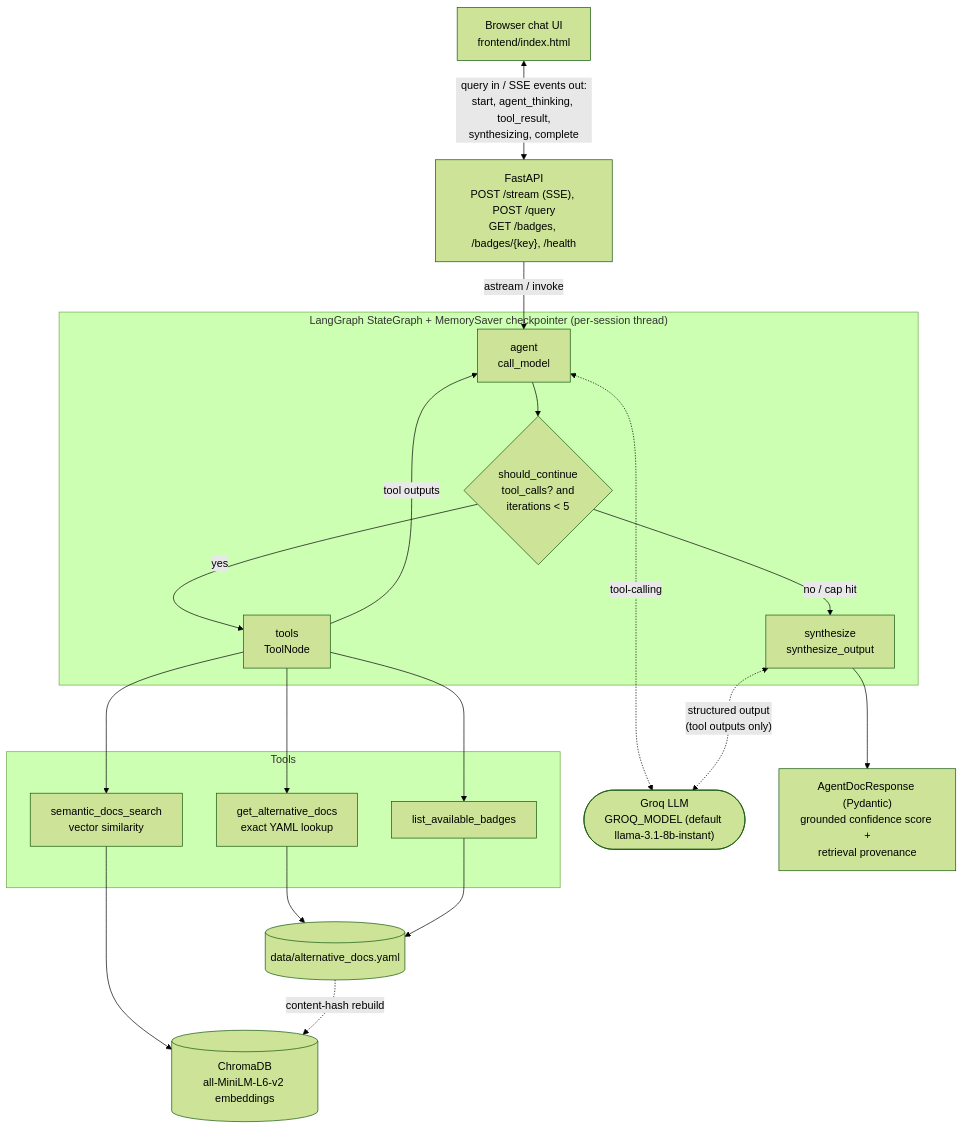
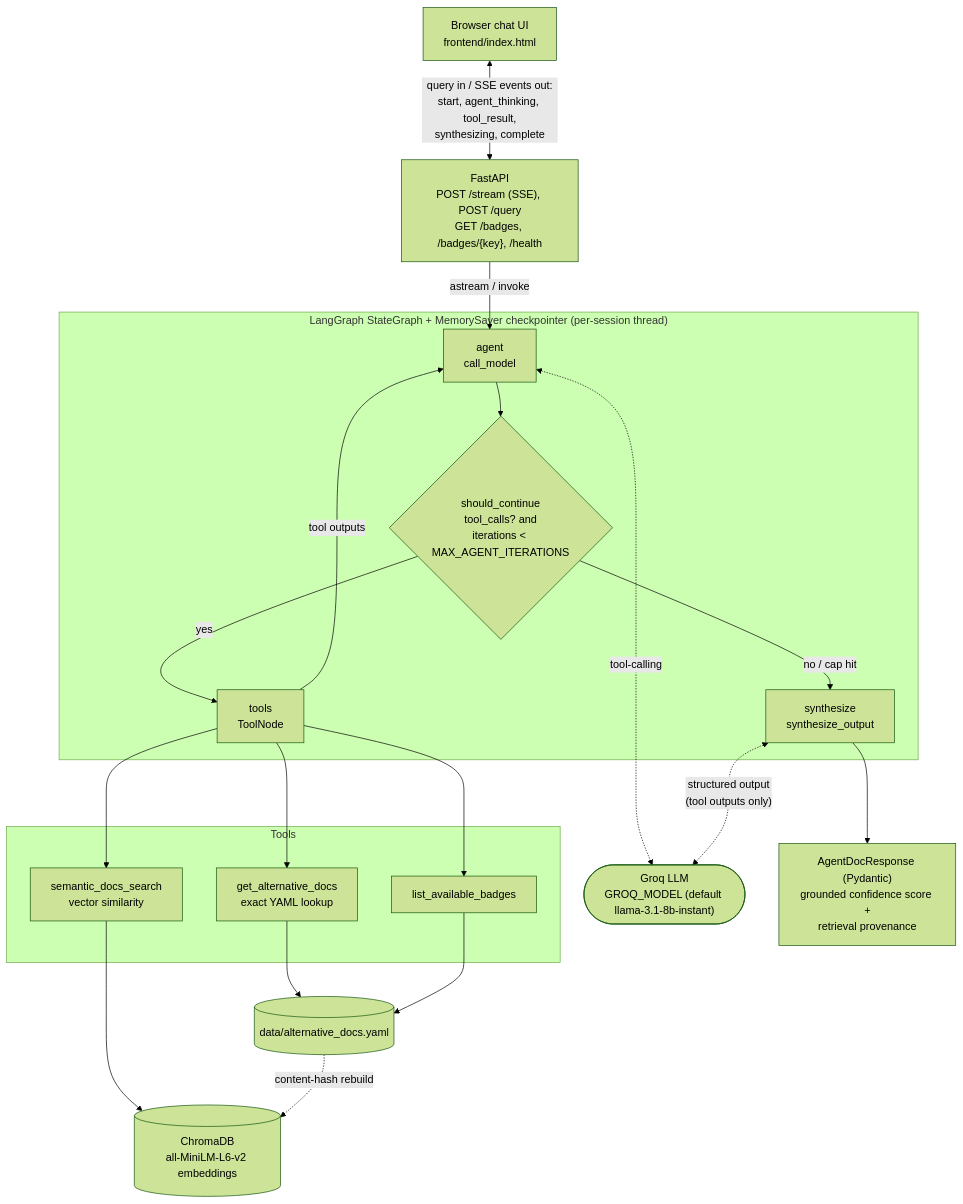
The diagram in README.md (Jatheel/ai-yaml-spec-assistant), drawn with Mermaid (forest theme) before and after one commit.

Commit message:
docs: label iteration cap by setting name in architecture diagram

````diff
--- a/README.md
+++ b/README.md
@@ -22,34 +22,34 @@
 ```mermaid
 flowchart TD
     UI["Browser chat UI<br/>frontend/index.html"]
     API["FastAPI<br/>POST /stream (SSE), POST /query<br/>GET /badges, /badges/{key}, /health"]
     UI <-- "query in / SSE events out:<br/>start, agent_thinking, tool_result,<br/>synthesizing, complete" --> API
     API -- "astream / invoke" --> AGENT
 
     subgraph GRAPH["LangGraph StateGraph + MemorySaver checkpointer (per-session thread)"]
         AGENT["agent<br/>call_model"]
-        ROUTE{"should_continue<br/>tool_calls? and<br/>iterations &lt; 5"}
+        ROUTE{"should_continue<br/>tool_calls? and<br/>iterations &lt; MAX_AGENT_ITERATIONS"}
         TOOLS["tools<br/>ToolNode"]
         SYNTH["synthesize<br/>synthesize_output"]
         AGENT --> ROUTE
         ROUTE -- "yes" --> TOOLS
         TOOLS -- "tool outputs" --> AGENT
         ROUTE -- "no / cap hit" --> SYNTH
     end
 
     LLM(["Groq LLM<br/>GROQ_MODEL (default llama-3.1-8b-instant)"])
     AGENT <-. "tool-calling" .-> LLM
     SYNTH <-. "structured output<br/>(tool outputs only)" .-> LLM
     SYNTH --> RESP["AgentDocResponse (Pydantic)<br/>grounded confidence score +<br/>retrieval provenance"]
 
     subgraph TOOLSET["Tools"]
         T1["get_alternative_docs<br/>exact YAML lookup"]
         T2["semantic_docs_search<br/>vector similarity"]
         T3["list_available_badges"]
     end
 
     TOOLS --> T1 & T2 & T3
     T1 & T3 --> YAML[("data/alternative_docs.yaml")]
     T2 --> CHROMA[("ChromaDB<br/>all-MiniLM-L6-v2 embeddings")]
     YAML -. "content-hash rebuild" .-> CHROMA
 ```
````
